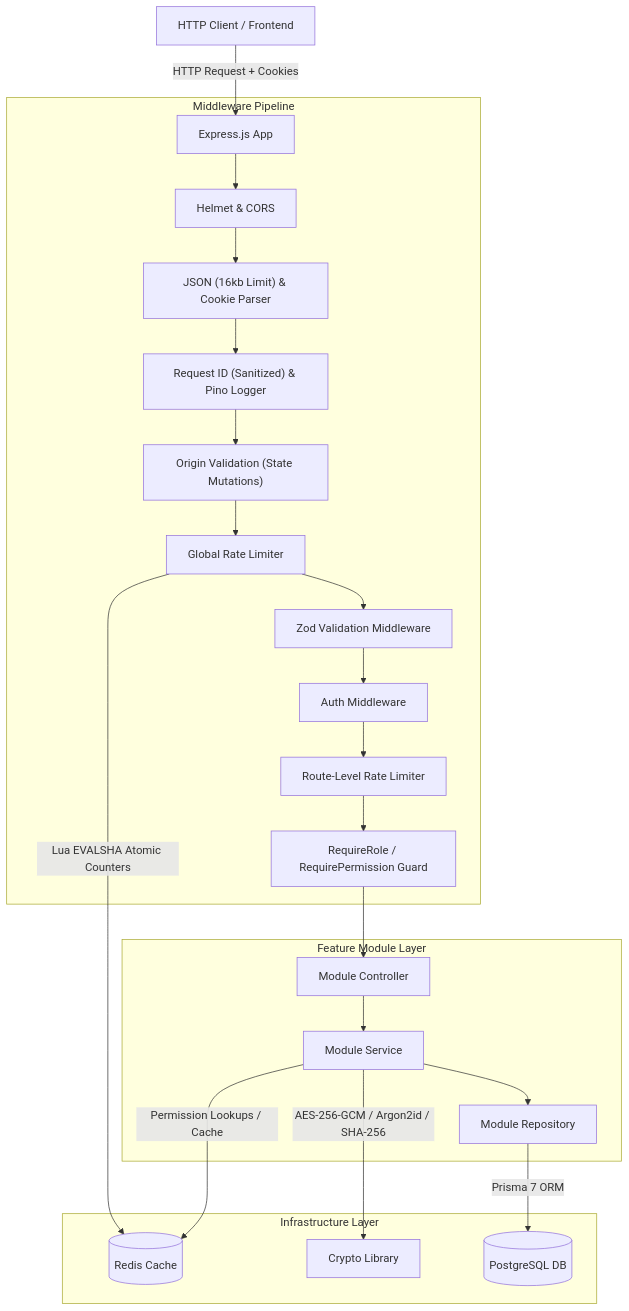
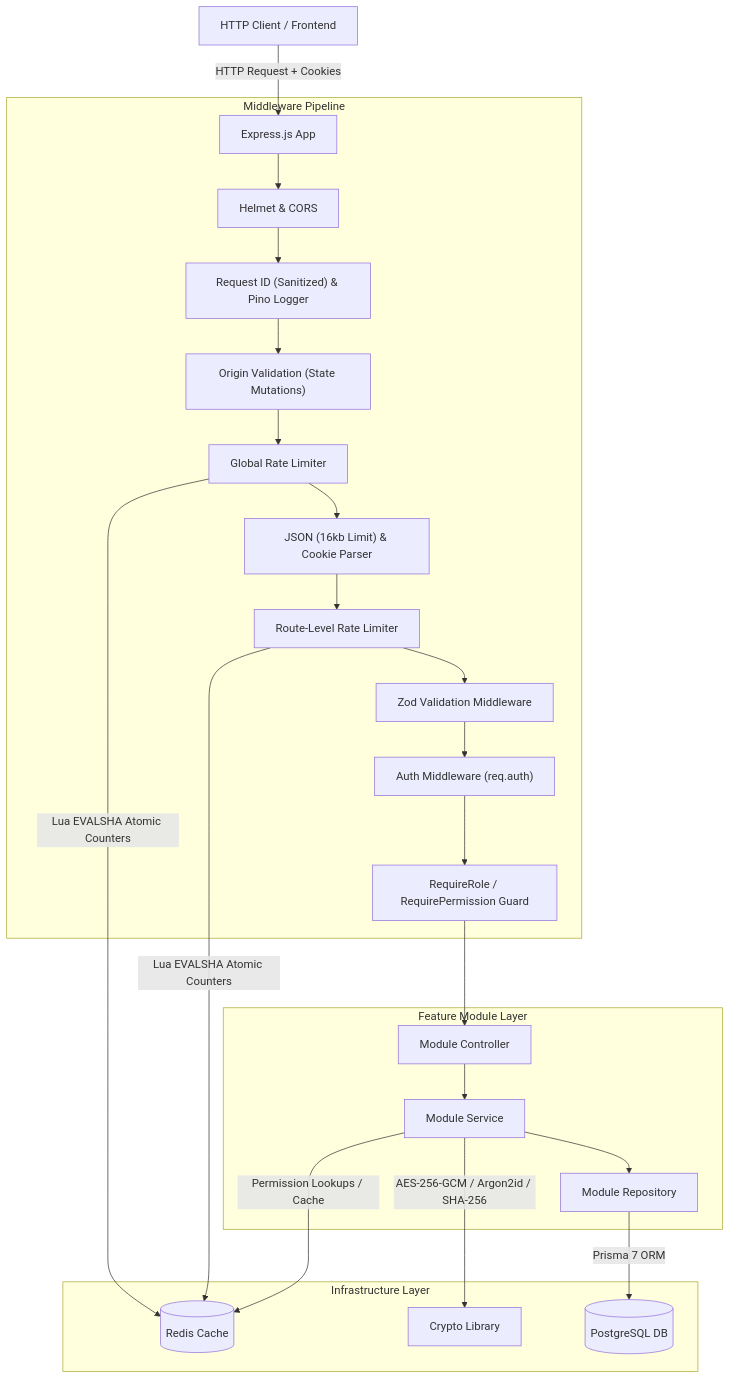
One commit to utkarshj014/authsphere changed the first of 7 diagrams in docs/ARCHITECTURE.md. Above: the diagram before and after it, drawn with Mermaid. The commit also changed other lines of this file and 3 other files, not shown here.

````diff
--- a/docs/ARCHITECTURE.md
+++ b/docs/ARCHITECTURE.md
@@ -35,29 +36,30 @@
 ```mermaid
 graph TD
     Client["HTTP Client / Frontend"] -->|HTTP Request + Cookies| Express["Express.js App"]
 
     subgraph Middleware Pipeline
         Express --> Helmet["Helmet & CORS"]
-        Helmet --> BodyParser["JSON (16kb Limit) & Cookie Parser"]
-        BodyParser --> ReqID["Request ID (Sanitized) & Pino Logger"]
+        Helmet --> ReqID["Request ID (Sanitized) & Pino Logger"]
         ReqID --> OriginGuard["Origin Validation (State Mutations)"]
         OriginGuard --> RateLimiter["Global Rate Limiter"]
-        RateLimiter --> Validate["Zod Validation Middleware"]
-        Validate --> AuthGuard["Auth Middleware"]
-        AuthGuard --> RouteRL["Route-Level Rate Limiter"]
-        RouteRL --> PermissionGuard["RequireRole / RequirePermission Guard"]
+        RateLimiter --> BodyParser["JSON (16kb Limit) & Cookie Parser"]
+        BodyParser --> RouteRL["Route-Level Rate Limiter"]
+        RouteRL --> Validate["Zod Validation Middleware"]
+        Validate --> AuthGuard["Auth Middleware (req.auth)"]
+        AuthGuard --> PermissionGuard["RequireRole / RequirePermission Guard"]
     end
 
     subgraph Feature Module Layer
         PermissionGuard --> Controller["Module Controller"]
         Controller --> Service["Module Service"]
         Service --> Repository["Module Repository"]
     end
 
     subgraph Infrastructure Layer
         RateLimiter -->|Lua EVALSHA Atomic Counters| Redis[("Redis Cache")]
+        RouteRL -->|Lua EVALSHA Atomic Counters| Redis
         Service -->|Permission Lookups / Cache| Redis
         Service -->|AES-256-GCM / Argon2id / SHA-256| CryptoLib["Crypto Library"]
         Repository -->|Prisma 7 ORM| Postgres[("PostgreSQL DB")]
     end
 ```
````
